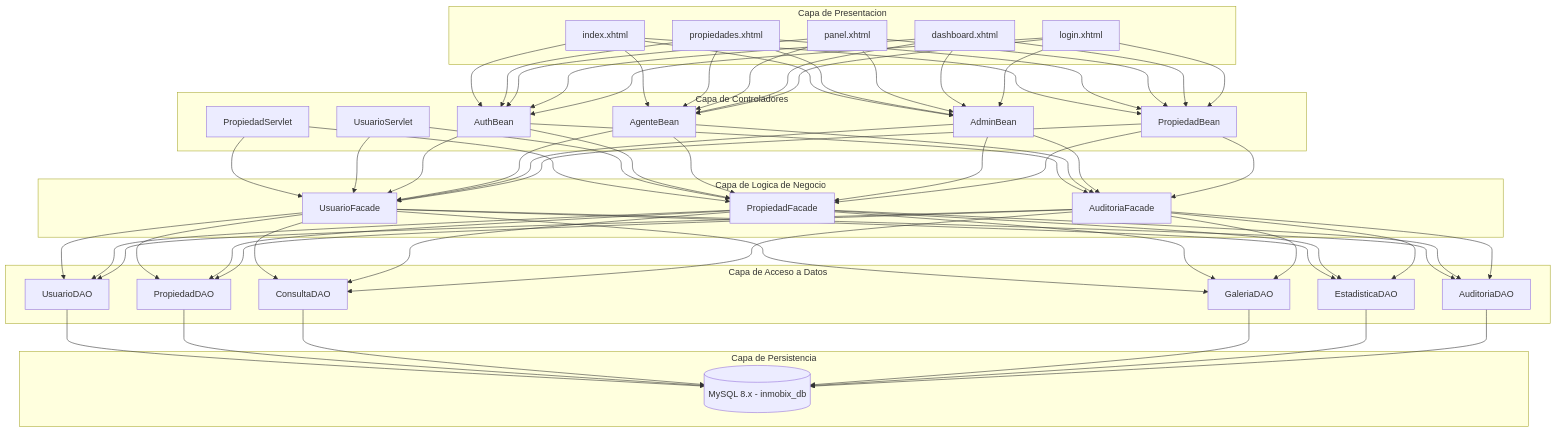
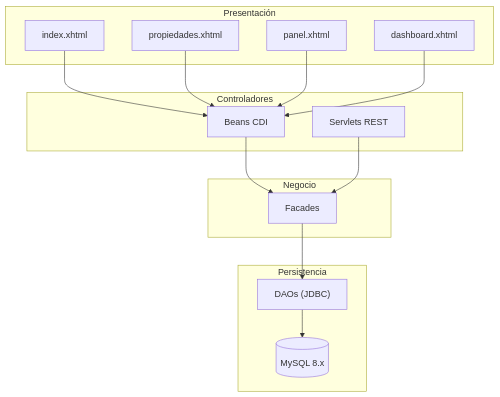
Before and after one commit to JeremiAlex04/Portal-Inmobiliario: the first of 3 diagrams in README.md, drawn with Mermaid. The commit also changed other lines of this file and 2 other files, not shown here.

````diff
--- a/README.md
+++ b/README.md
@@ -406,44 +34,23 @@
 ```mermaid
 graph TB
-    subgraph "Capa de Presentacion"
+    subgraph "Presentación"
         V1["index.xhtml"]
         V2["propiedades.xhtml"]
         V3["panel.xhtml"]
         V4["dashboard.xhtml"]
-        V5["login.xhtml"]
     end
-
-    subgraph "Capa de Controladores"
-        B1["AuthBean"]
-        B2["AgenteBean"]
-        B3["AdminBean"]
-        B4["PropiedadBean"]
-        S1["PropiedadServlet"]
-        S2["UsuarioServlet"]
+    subgraph "Controladores"
+        B1["Beans CDI"]
+        S1["Servlets REST"]
     end
-
-    subgraph "Capa de Logica de Negocio"
-        F1["UsuarioFacade"]
-        F2["PropiedadFacade"]
-        F3["AuditoriaFacade"]
+    subgraph "Negocio"
+        F1["Facades"]
     end
-
-    subgraph "Capa de Acceso a Datos"
-        D1["UsuarioDAO"]
-        D2["PropiedadDAO"]
-        D3["ConsultaDAO"]
-        D4["GaleriaDAO"]
-        D5["EstadisticaDAO"]
-        D6["AuditoriaDAO"]
+    subgraph "Persistencia"
+        D1["DAOs (JDBC)"]
+        DB[("MySQL 8.x")]
     end
-
-    subgraph "Capa de Persistencia"
-        DB[("MySQL 8.x - inmobix_db")]
-    end
-
-    V1 & V2 & V3 & V4 & V5 --> B1 & B2 & B3 & B4
-    S1 & S2 --> F1 & F2
-    B1 & B2 & B3 & B4 --> F1 & F2 & F3
-    F1 & F2 & F3 --> D1 & D2 & D3 & D4 & D5 & D6
-    D1 & D2 & D3 & D4 & D5 & D6 --> DB
+    V1 & V2 & V3 & V4 --> B1
+    B1 & S1 --> F1
+    F1 --> D1 --> DB
 ```
````
